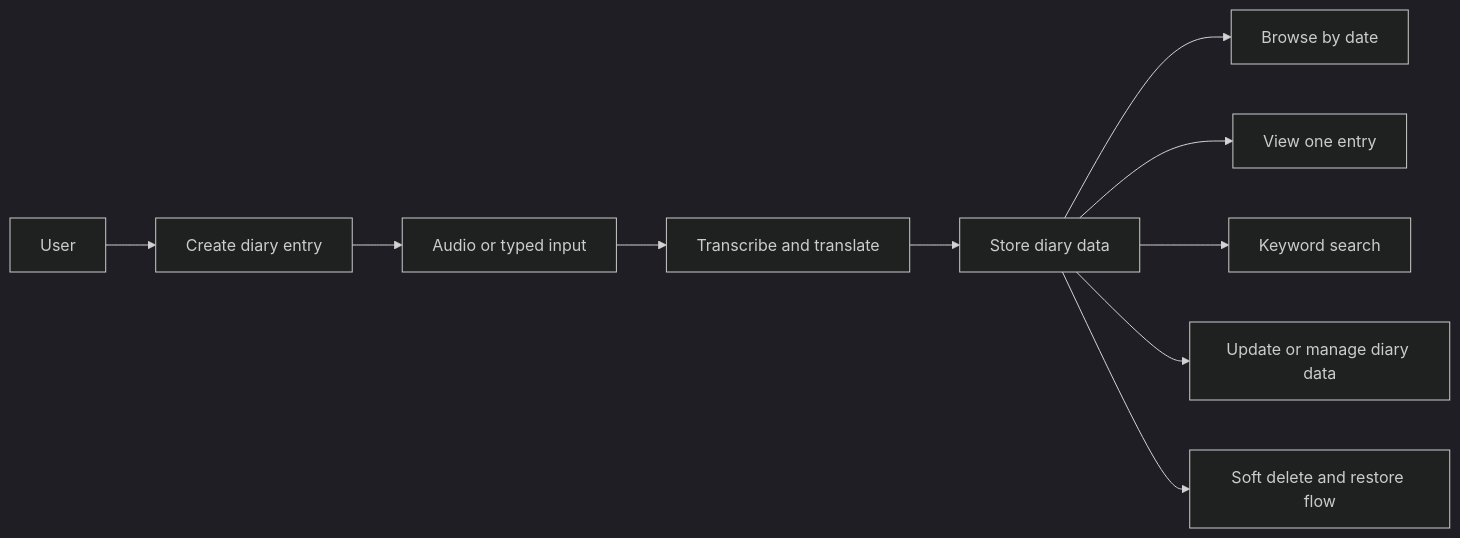
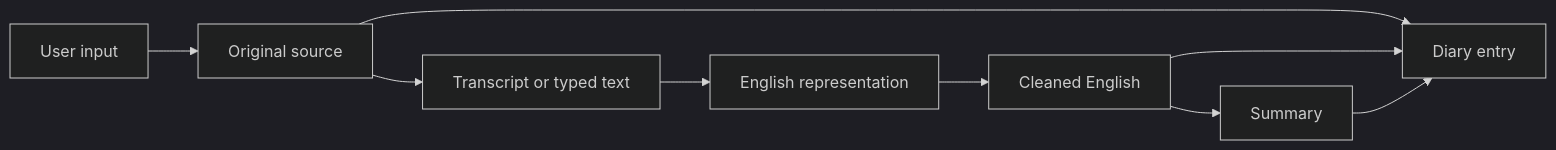
One commit to adityavarmachandika/aham-docs changed the diagram in README.md. Above: the diagram before and after it, drawn with Mermaid (dark theme). The commit also changed other lines of this file and 11 other files, not shown here.

Commit message:
docs: formalize AHAM Phase 1 product and architecture

````diff
--- a/README.md
+++ b/README.md
@@ -19,12 +52,11 @@
 ```mermaid
 flowchart LR
-    U[User] --> D[Create diary entry]
-    D --> A[Audio or typed input]
-    A --> P[Transcribe and translate]
-    P --> S[Store diary data]
-    S --> B[Browse by date]
-    S --> V[View one entry]
-    S --> K[Keyword search]
-    S --> X[Update or manage diary data]
-    S --> R[Soft delete and restore flow]
+    I[User input] --> O[Original source]
+    O --> T[Transcript or typed text]
+    T --> E[English representation]
+    E --> C[Cleaned English]
+    C --> S[Summary]
+    O --> D[Diary entry]
+    C --> D
+    S --> D
 ```
````
